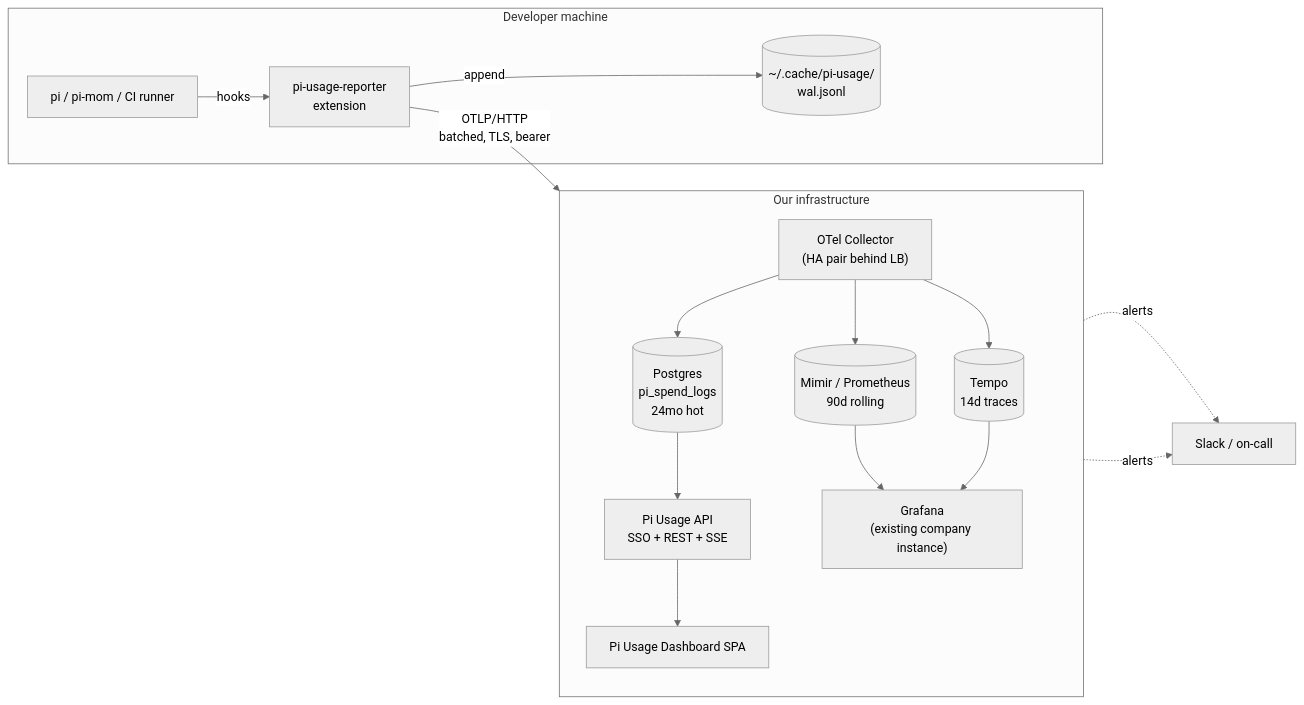
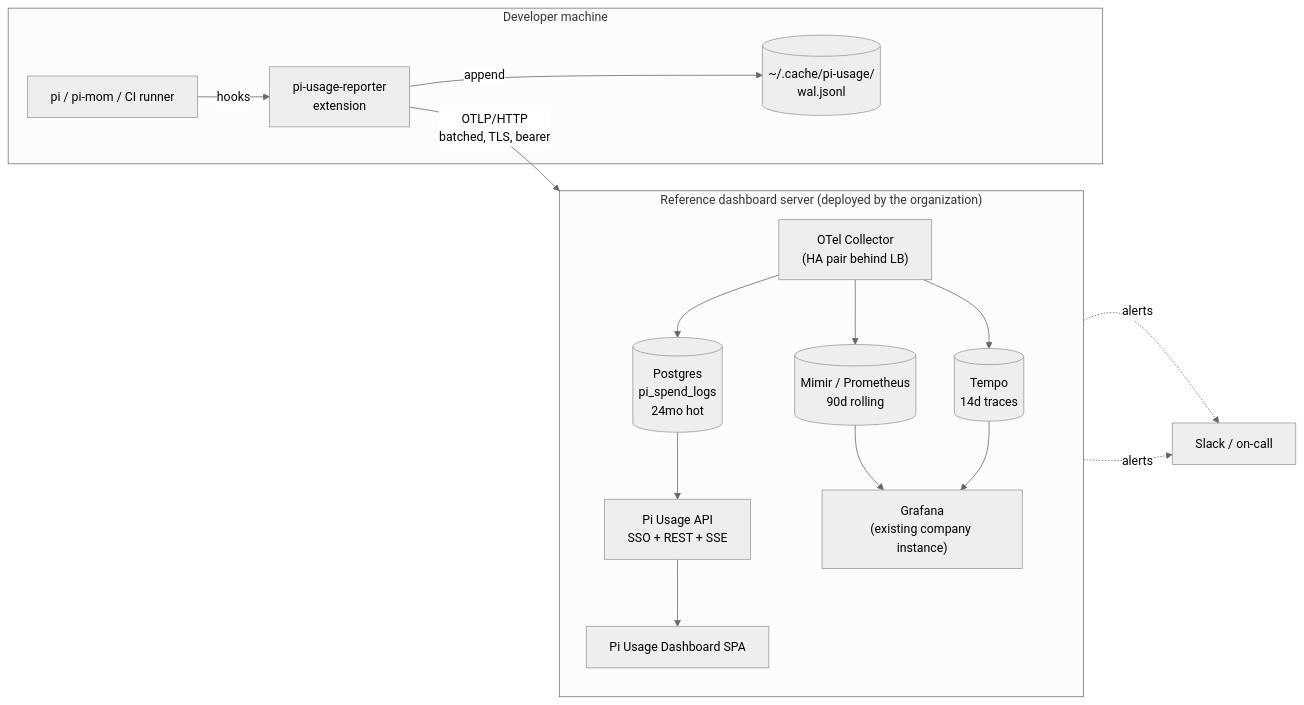
Before and after one commit to vilosource/pi-extensions: the first of 13 diagrams in docs/design/pi-usage-reporter-DESIGN.md, drawn with Mermaid (neutral theme). The commit also changed other lines of this file and 3 other files, not shown here.

First line of the commit message:
docs: separate the extension, the reference dashboard server, and Optiscan's deployment

````diff
--- a/docs/design/pi-usage-reporter-DESIGN.md
+++ b/docs/design/pi-usage-reporter-DESIGN.md
@@ -96,33 +101,33 @@
 ```mermaid
 flowchart LR
   subgraph dev["Developer machine"]
     pi["pi / pi-mom / CI runner"]
     ext["pi-usage-reporter\nextension"]
     wal[("~/.cache/pi-usage/\nwal.jsonl")]
     pi -->|hooks| ext
     ext -->|append| wal
   end
 
   ext -->|"OTLP/HTTP\nbatched, TLS, bearer"| col
 
-  subgraph infra["Our infrastructure"]
+  subgraph infra["Reference dashboard server (deployed by the organization)"]
     direction TB
     col["OTel Collector\n(HA pair behind LB)"]
     pg[("Postgres\npi_spend_logs\n24mo hot")]
     mimir[("Mimir / Prometheus\n90d rolling")]
     tempo[("Tempo\n14d traces")]
     api["Pi Usage API\nSSO + REST + SSE"]
     spa["Pi Usage Dashboard SPA"]
     graf["Grafana\n(existing company instance)"]
     api --> spa
     col --> pg
     col --> mimir
     col --> tempo
     pg --> api
     mimir --> graf
     tempo --> graf
   end
 
   graf -.->|alerts| slack["Slack / on-call"]
   api  -.->|alerts| slack
 ```
````
